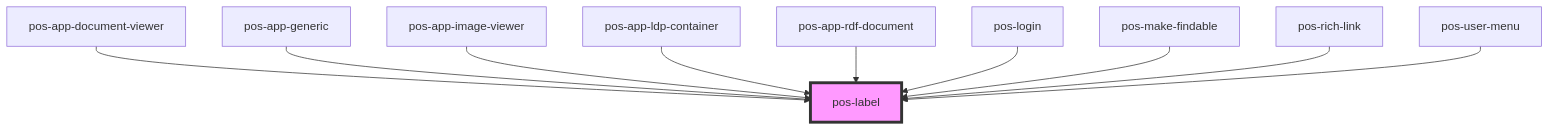
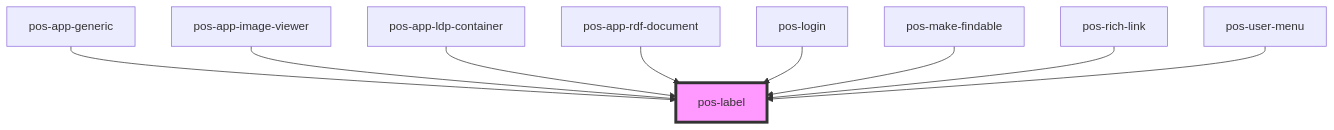
Before and after one commit to pod-os/PodOS: the diagram in docs/elements/components/pos-label/readme.md, drawn with Mermaid. The commit also changed other lines of this file and 6 other files, not shown here.

````diff
--- a/docs/elements/components/pos-label/readme.md
+++ b/docs/elements/components/pos-label/readme.md
@@ -34,13 +33,12 @@
 ```mermaid
 graph TD;
-  pos-app-document-viewer --> pos-label
   pos-app-generic --> pos-label
   pos-app-image-viewer --> pos-label
   pos-app-ldp-container --> pos-label
   pos-app-rdf-document --> pos-label
   pos-login --> pos-label
   pos-make-findable --> pos-label
   pos-rich-link --> pos-label
   pos-user-menu --> pos-label
   style pos-label fill:#f9f,stroke:#333,stroke-width:4px
 ```
````
